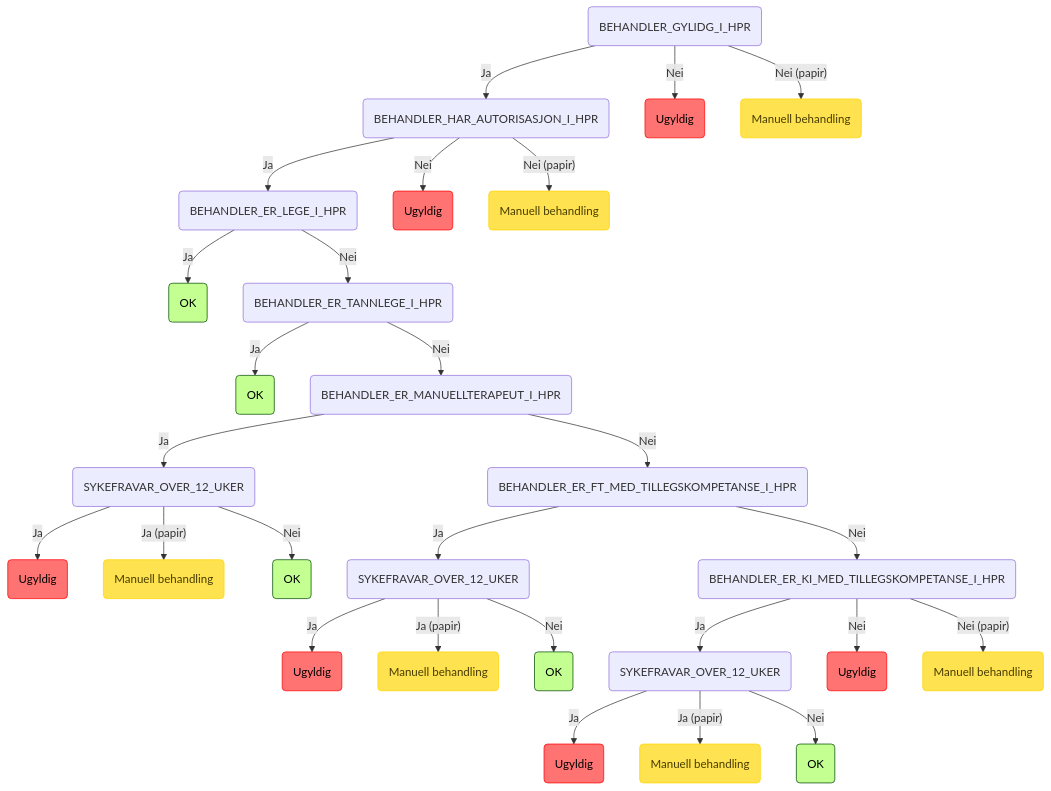
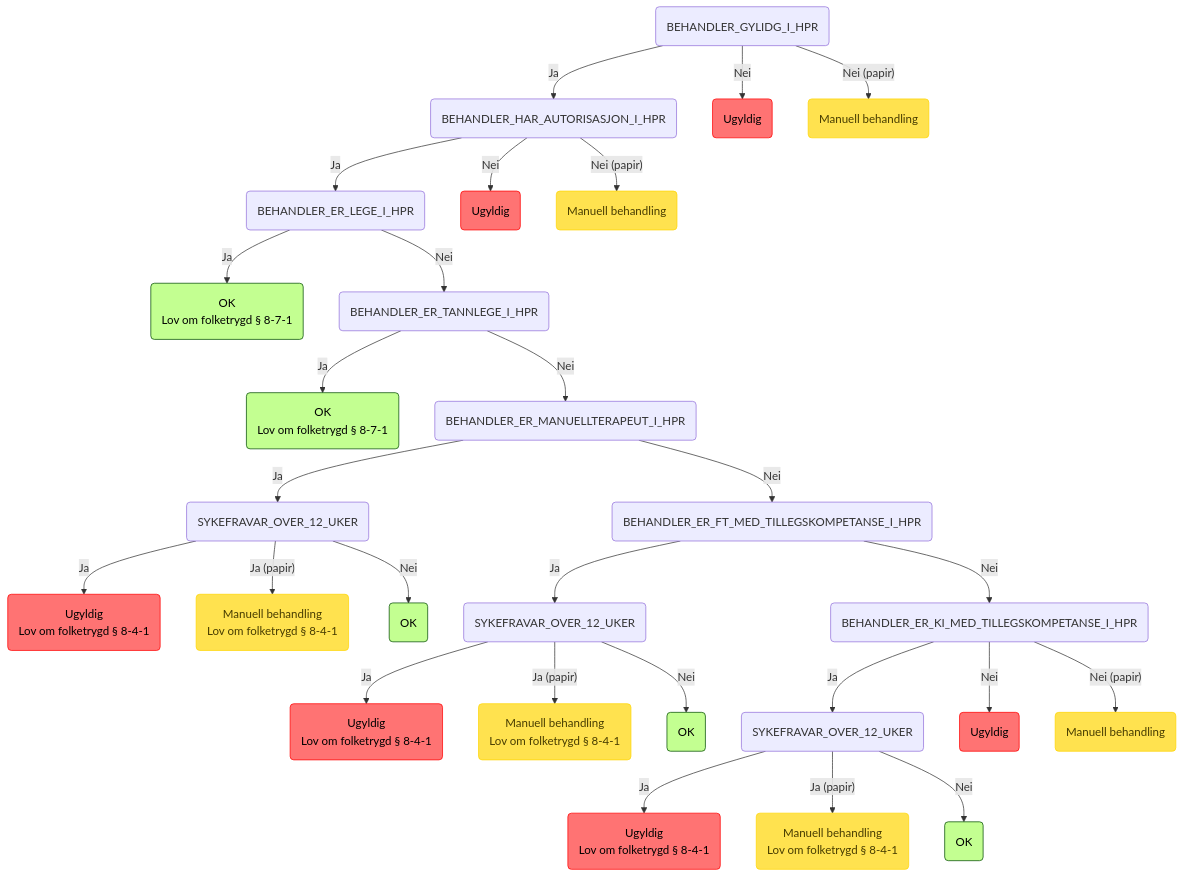
One commit to navikt/regulus-regula changed the fourth of 8 diagrams in README.md. Above: the diagram before and after it, drawn with Mermaid. The commit also changed other lines of this file and 1 other file, not shown here.

Commit message:
chore: update mermaid generation to use node based juridisk henvisning

````diff
--- a/README.md
+++ b/README.md
@@ -102,32 +102,40 @@
 ```mermaid
 graph TD
     root(BEHANDLER_GYLIDG_I_HPR) -->|Ja| root_BEHANDLER_GYLIDG_I_HPR_BEHANDLER_HAR_AUTORISASJON_I_HPR(BEHANDLER_HAR_AUTORISASJON_I_HPR)
     root_BEHANDLER_GYLIDG_I_HPR_BEHANDLER_HAR_AUTORISASJON_I_HPR(BEHANDLER_HAR_AUTORISASJON_I_HPR) -->|Ja| root_BEHANDLER_GYLIDG_I_HPR_BEHANDLER_HAR_AUTORISASJON_I_HPR_BEHANDLER_ER_LEGE_I_HPR(BEHANDLER_ER_LEGE_I_HPR)
-    root_BEHANDLER_GYLIDG_I_HPR_BEHANDLER_HAR_AUTORISASJON_I_HPR_BEHANDLER_ER_LEGE_I_HPR(BEHANDLER_ER_LEGE_I_HPR) -->|Ja| root_BEHANDLER_GYLIDG_I_HPR_BEHANDLER_HAR_AUTORISASJON_I_HPR_BEHANDLER_ER_LEGE_I_HPR_OK(OK):::ok
+    root_BEHANDLER_GYLIDG_I_HPR_BEHANDLER_HAR_AUTORISASJON_I_HPR_BEHANDLER_ER_LEGE_I_HPR(BEHANDLER_ER_LEGE_I_HPR) -->|Ja| root_BEHANDLER_GYLIDG_I_HPR_BEHANDLER_HAR_AUTORISASJON_I_HPR_BEHANDLER_ER_LEGE_I_HPR_OK(OK
+Lov om folketrygd § 8-7-1):::ok
     root_BEHANDLER_GYLIDG_I_HPR_BEHANDLER_HAR_AUTORISASJON_I_HPR_BEHANDLER_ER_LEGE_I_HPR(BEHANDLER_ER_LEGE_I_HPR) -->|Nei| root_BEHANDLER_GYLIDG_I_HPR_BEHANDLER_HAR_AUTORISASJON_I_HPR_BEHANDLER_ER_LEGE_I_HPR_BEHANDLER_ER_TANNLEGE_I_HPR(BEHANDLER_ER_TANNLEGE_I_HPR)
-    root_BEHANDLER_GYLIDG_I_HPR_BEHANDLER_HAR_AUTORISASJON_I_HPR_BEHANDLER_ER_LEGE_I_HPR_BEHANDLER_ER_TANNLEGE_I_HPR(BEHANDLER_ER_TANNLEGE_I_HPR) -->|Ja| root_BEHANDLER_GYLIDG_I_HPR_BEHANDLER_HAR_AUTORISASJON_I_HPR_BEHANDLER_ER_LEGE_I_HPR_BEHANDLER_ER_TANNLEGE_I_HPR_OK(OK):::ok
+    root_BEHANDLER_GYLIDG_I_HPR_BEHANDLER_HAR_AUTORISASJON_I_HPR_BEHANDLER_ER_LEGE_I_HPR_BEHANDLER_ER_TANNLEGE_I_HPR(BEHANDLER_ER_TANNLEGE_I_HPR) -->|Ja| root_BEHANDLER_GYLIDG_I_HPR_BEHANDLER_HAR_AUTORISASJON_I_HPR_BEHANDLER_ER_LEGE_I_HPR_BEHANDLER_ER_TANNLEGE_I_HPR_OK(OK
+Lov om folketrygd § 8-7-1):::ok
     root_BEHANDLER_GYLIDG_I_HPR_BEHANDLER_HAR_AUTORISASJON_I_HPR_BEHANDLER_ER_LEGE_I_HPR_BEHANDLER_ER_TANNLEGE_I_HPR(BEHANDLER_ER_TANNLEGE_I_HPR) -->|Nei| root_BEHANDLER_GYLIDG_I_HPR_BEHANDLER_HAR_AUTORISASJON_I_HPR_BEHANDLER_ER_LEGE_I_HPR_BEHANDLER_ER_TANNLEGE_I_HPR_BEHANDLER_ER_MANUELLTERAPEUT_I_HPR(BEHANDLER_ER_MANUELLTERAPEUT_I_HPR)
     root_BEHANDLER_GYLIDG_I_HPR_BEHANDLER_HAR_AUTORISASJON_I_HPR_BEHANDLER_ER_LEGE_I_HPR_BEHANDLER_ER_TANNLEGE_I_HPR_BEHANDLER_ER_MANUELLTERAPEUT_I_HPR(BEHANDLER_ER_MANUELLTERAPEUT_I_HPR) -->|Ja| root_BEHANDLER_GYLIDG_I_HPR_BEHANDLER_HAR_AUTORISASJON_I_HPR_BEHANDLER_ER_LEGE_I_HPR_BEHANDLER_ER_TANNLEGE_I_HPR_BEHANDLER_ER_MANUELLTERAPEUT_I_HPR_SYKEFRAVAR_OVER_12_UKER(SYKEFRAVAR_OVER_12_UKER)
-    root_BEHANDLER_GYLIDG_I_HPR_BEHANDLER_HAR_AUTORISASJON_I_HPR_BEHANDLER_ER_LEGE_I_HPR_BEHANDLER_ER_TANNLEGE_I_HPR_BEHANDLER_ER_MANUELLTERAPEUT_I_HPR_SYKEFRAVAR_OVER_12_UKER(SYKEFRAVAR_OVER_12_UKER) -->|Ja| root_BEHANDLER_GYLIDG_I_HPR_BEHANDLER_HAR_AUTORISASJON_I_HPR_BEHANDLER_ER_LEGE_I_HPR_BEHANDLER_ER_TANNLEGE_I_HPR_BEHANDLER_ER_MANUELLTERAPEUT_I_HPR_SYKEFRAVAR_OVER_12_UKER_INVALID(Ugyldig):::invalid
-    root_BEHANDLER_GYLIDG_I_HPR_BEHANDLER_HAR_AUTORISASJON_I_HPR_BEHANDLER_ER_LEGE_I_HPR_BEHANDLER_ER_TANNLEGE_I_HPR_BEHANDLER_ER_MANUELLTERAPEUT_I_HPR_SYKEFRAVAR_OVER_12_UKER(SYKEFRAVAR_OVER_12_UKER) -->|"Ja (papir)"| root_BEHANDLER_GYLIDG_I_HPR_BEHANDLER_HAR_AUTORISASJON_I_HPR_BEHANDLER_ER_LEGE_I_HPR_BEHANDLER_ER_TANNLEGE_I_HPR_BEHANDLER_ER_MANUELLTERAPEUT_I_HPR_SYKEFRAVAR_OVER_12_UKER_INVALID_papir(Manuell behandling):::manuell
+    root_BEHANDLER_GYLIDG_I_HPR_BEHANDLER_HAR_AUTORISASJON_I_HPR_BEHANDLER_ER_LEGE_I_HPR_BEHANDLER_ER_TANNLEGE_I_HPR_BEHANDLER_ER_MANUELLTERAPEUT_I_HPR_SYKEFRAVAR_OVER_12_UKER(SYKEFRAVAR_OVER_12_UKER) -->|Ja| root_BEHANDLER_GYLIDG_I_HPR_BEHANDLER_HAR_AUTORISASJON_I_HPR_BEHANDLER_ER_LEGE_I_HPR_BEHANDLER_ER_TANNLEGE_I_HPR_BEHANDLER_ER_MANUELLTERAPEUT_I_HPR_SYKEFRAVAR_OVER_12_UKER_INVALID(Ugyldig
+Lov om folketrygd § 8-4-1):::invalid
+    root_BEHANDLER_GYLIDG_I_HPR_BEHANDLER_HAR_AUTORISASJON_I_HPR_BEHANDLER_ER_LEGE_I_HPR_BEHANDLER_ER_TANNLEGE_I_HPR_BEHANDLER_ER_MANUELLTERAPEUT_I_HPR_SYKEFRAVAR_OVER_12_UKER(SYKEFRAVAR_OVER_12_UKER) -->|"Ja (papir)"| root_BEHANDLER_GYLIDG_I_HPR_BEHANDLER_HAR_AUTORISASJON_I_HPR_BEHANDLER_ER_LEGE_I_HPR_BEHANDLER_ER_TANNLEGE_I_HPR_BEHANDLER_ER_MANUELLTERAPEUT_I_HPR_SYKEFRAVAR_OVER_12_UKER_INVALID_papir(Manuell behandling
+Lov om folketrygd § 8-4-1):::manuell
     root_BEHANDLER_GYLIDG_I_HPR_BEHANDLER_HAR_AUTORISASJON_I_HPR_BEHANDLER_ER_LEGE_I_HPR_BEHANDLER_ER_TANNLEGE_I_HPR_BEHANDLER_ER_MANUELLTERAPEUT_I_HPR_SYKEFRAVAR_OVER_12_UKER(SYKEFRAVAR_OVER_12_UKER) -->|Nei| root_BEHANDLER_GYLIDG_I_HPR_BEHANDLER_HAR_AUTORISASJON_I_HPR_BEHANDLER_ER_LEGE_I_HPR_BEHANDLER_ER_TANNLEGE_I_HPR_BEHANDLER_ER_MANUELLTERAPEUT_I_HPR_SYKEFRAVAR_OVER_12_UKER_OK(OK):::ok
     root_BEHANDLER_GYLIDG_I_HPR_BEHANDLER_HAR_AUTORISASJON_I_HPR_BEHANDLER_ER_LEGE_I_HPR_BEHANDLER_ER_TANNLEGE_I_HPR_BEHANDLER_ER_MANUELLTERAPEUT_I_HPR(BEHANDLER_ER_MANUELLTERAPEUT_I_HPR) -->|Nei| root_BEHANDLER_GYLIDG_I_HPR_BEHANDLER_HAR_AUTORISASJON_I_HPR_BEHANDLER_ER_LEGE_I_HPR_BEHANDLER_ER_TANNLEGE_I_HPR_BEHANDLER_ER_MANUELLTERAPEUT_I_HPR_BEHANDLER_ER_FT_MED_TILLEGSKOMPETANSE_I_HPR(BEHANDLER_ER_FT_MED_TILLEGSKOMPETANSE_I_HPR)
     root_BEHANDLER_GYLIDG_I_HPR_BEHANDLER_HAR_AUTORISASJON_I_HPR_BEHANDLER_ER_LEGE_I_HPR_BEHANDLER_ER_TANNLEGE_I_HPR_BEHANDLER_ER_MANUELLTERAPEUT_I_HPR_BEHANDLER_ER_FT_MED_TILLEGSKOMPETANSE_I_HPR(BEHANDLER_ER_FT_MED_TILLEGSKOMPETANSE_I_HPR) -->|Ja| root_BEHANDLER_GYLIDG_I_HPR_BEHANDLER_HAR_AUTORISASJON_I_HPR_BEHANDLER_ER_LEGE_I_HPR_BEHANDLER_ER_TANNLEGE_I_HPR_BEHANDLER_ER_MANUELLTERAPEUT_I_HPR_BEHANDLER_ER_FT_MED_TILLEGSKOMPETANSE_I_HPR_SYKEFRAVAR_OVER_12_UKER(SYKEFRAVAR_OVER_12_UKER)
-    root_BEHANDLER_GYLIDG_I_HPR_BEHANDLER_HAR_AUTORISASJON_I_HPR_BEHANDLER_ER_LEGE_I_HPR_BEHANDLER_ER_TANNLEGE_I_HPR_BEHANDLER_ER_MANUELLTERAPEUT_I_HPR_BEHANDLER_ER_FT_MED_TILLEGSKOMPETANSE_I_HPR_SYKEFRAVAR_OVER_12_UKER(SYKEFRAVAR_OVER_12_UKER) -->|Ja| root_BEHANDLER_GYLIDG_I_HPR_BEHANDLER_HAR_AUTORISASJON_I_HPR_BEHANDLER_ER_LEGE_I_HPR_BEHANDLER_ER_TANNLEGE_I_HPR_BEHANDLER_ER_MANUELLTERAPEUT_I_HPR_BEHANDLER_ER_FT_MED_TILLEGSKOMPETANSE_I_HPR_SYKEFRAVAR_OVER_12_UKER_INVALID(Ugyldig):::invalid
-    root_BEHANDLER_GYLIDG_I_HPR_BEHANDLER_HAR_AUTORISASJON_I_HPR_BEHANDLER_ER_LEGE_I_HPR_BEHANDLER_ER_TANNLEGE_I_HPR_BEHANDLER_ER_MANUELLTERAPEUT_I_HPR_BEHANDLER_ER_FT_MED_TILLEGSKOMPETANSE_I_HPR_SYKEFRAVAR_OVER_12_UKER(SYKEFRAVAR_OVER_12_UKER) -->|"Ja (papir)"| root_BEHANDLER_GYLIDG_I_HPR_BEHANDLER_HAR_AUTORISASJON_I_HPR_BEHANDLER_ER_LEGE_I_HPR_BEHANDLER_ER_TANNLEGE_I_HPR_BEHANDLER_ER_MANUELLTERAPEUT_I_HPR_BEHANDLER_ER_FT_MED_TILLEGSKOMPETANSE_I_HPR_SYKEFRAVAR_OVER_12_UKER_INVALID_papir(Manuell behandling):::manuell
+    root_BEHANDLER_GYLIDG_I_HPR_BEHANDLER_HAR_AUTORISASJON_I_HPR_BEHANDLER_ER_LEGE_I_HPR_BEHANDLER_ER_TANNLEGE_I_HPR_BEHANDLER_ER_MANUELLTERAPEUT_I_HPR_BEHANDLER_ER_FT_MED_TILLEGSKOMPETANSE_I_HPR_SYKEFRAVAR_OVER_12_UKER(SYKEFRAVAR_OVER_12_UKER) -->|Ja| root_BEHANDLER_GYLIDG_I_HPR_BEHANDLER_HAR_AUTORISASJON_I_HPR_BEHANDLER_ER_LEGE_I_HPR_BEHANDLER_ER_TANNLEGE_I_HPR_BEHANDLER_ER_MANUELLTERAPEUT_I_HPR_BEHANDLER_ER_FT_MED_TILLEGSKOMPETANSE_I_HPR_SYKEFRAVAR_OVER_12_UKER_INVALID(Ugyldig
+Lov om folketrygd § 8-4-1):::invalid
+    root_BEHANDLER_GYLIDG_I_HPR_BEHANDLER_HAR_AUTORISASJON_I_HPR_BEHANDLER_ER_LEGE_I_HPR_BEHANDLER_ER_TANNLEGE_I_HPR_BEHANDLER_ER_MANUELLTERAPEUT_I_HPR_BEHANDLER_ER_FT_MED_TILLEGSKOMPETANSE_I_HPR_SYKEFRAVAR_OVER_12_UKER(SYKEFRAVAR_OVER_12_UKER) -->|"Ja (papir)"| root_BEHANDLER_GYLIDG_I_HPR_BEHANDLER_HAR_AUTORISASJON_I_HPR_BEHANDLER_ER_LEGE_I_HPR_BEHANDLER_ER_TANNLEGE_I_HPR_BEHANDLER_ER_MANUELLTERAPEUT_I_HPR_BEHANDLER_ER_FT_MED_TILLEGSKOMPETANSE_I_HPR_SYKEFRAVAR_OVER_12_UKER_INVALID_papir(Manuell behandling
+Lov om folketrygd § 8-4-1):::manuell
     root_BEHANDLER_GYLIDG_I_HPR_BEHANDLER_HAR_AUTORISASJON_I_HPR_BEHANDLER_ER_LEGE_I_HPR_BEHANDLER_ER_TANNLEGE_I_HPR_BEHANDLER_ER_MANUELLTERAPEUT_I_HPR_BEHANDLER_ER_FT_MED_TILLEGSKOMPETANSE_I_HPR_SYKEFRAVAR_OVER_12_UKER(SYKEFRAVAR_OVER_12_UKER) -->|Nei| root_BEHANDLER_GYLIDG_I_HPR_BEHANDLER_HAR_AUTORISASJON_I_HPR_BEHANDLER_ER_LEGE_I_HPR_BEHANDLER_ER_TANNLEGE_I_HPR_BEHANDLER_ER_MANUELLTERAPEUT_I_HPR_BEHANDLER_ER_FT_MED_TILLEGSKOMPETANSE_I_HPR_SYKEFRAVAR_OVER_12_UKER_OK(OK):::ok
     root_BEHANDLER_GYLIDG_I_HPR_BEHANDLER_HAR_AUTORISASJON_I_HPR_BEHANDLER_ER_LEGE_I_HPR_BEHANDLER_ER_TANNLEGE_I_HPR_BEHANDLER_ER_MANUELLTERAPEUT_I_HPR_BEHANDLER_ER_FT_MED_TILLEGSKOMPETANSE_I_HPR(BEHANDLER_ER_FT_MED_TILLEGSKOMPETANSE_I_HPR) -->|Nei| root_BEHANDLER_GYLIDG_I_HPR_BEHANDLER_HAR_AUTORISASJON_I_HPR_BEHANDLER_ER_LEGE_I_HPR_BEHANDLER_ER_TANNLEGE_I_HPR_BEHANDLER_ER_MANUELLTERAPEUT_I_HPR_BEHANDLER_ER_FT_MED_TILLEGSKOMPETANSE_I_HPR_BEHANDLER_ER_KI_MED_TILLEGSKOMPETANSE_I_HPR(BEHANDLER_ER_KI_MED_TILLEGSKOMPETANSE_I_HPR)
     root_BEHANDLER_GYLIDG_I_HPR_BEHANDLER_HAR_AUTORISASJON_I_HPR_BEHANDLER_ER_LEGE_I_HPR_BEHANDLER_ER_TANNLEGE_I_HPR_BEHANDLER_ER_MANUELLTERAPEUT_I_HPR_BEHANDLER_ER_FT_MED_TILLEGSKOMPETANSE_I_HPR_BEHANDLER_ER_KI_MED_TILLEGSKOMPETANSE_I_HPR(BEHANDLER_ER_KI_MED_TILLEGSKOMPETANSE_I_HPR) -->|Ja| root_BEHANDLER_GYLIDG_I_HPR_BEHANDLER_HAR_AUTORISASJON_I_HPR_BEHANDLER_ER_LEGE_I_HPR_BEHANDLER_ER_TANNLEGE_I_HPR_BEHANDLER_ER_MANUELLTERAPEUT_I_HPR_BEHANDLER_ER_FT_MED_TILLEGSKOMPETANSE_I_HPR_BEHANDLER_ER_KI_MED_TILLEGSKOMPETANSE_I_HPR_SYKEFRAVAR_OVER_12_UKER(SYKEFRAVAR_OVER_12_UKER)
-    root_BEHANDLER_GYLIDG_I_HPR_BEHANDLER_HAR_AUTORISASJON_I_HPR_BEHANDLER_ER_LEGE_I_HPR_BEHANDLER_ER_TANNLEGE_I_HPR_BEHANDLER_ER_MANUELLTERAPEUT_I_HPR_BEHANDLER_ER_FT_MED_TILLEGSKOMPETANSE_I_HPR_BEHANDLER_ER_KI_MED_TILLEGSKOMPETANSE_I_HPR_SYKEFRAVAR_OVER_12_UKER(SYKEFRAVAR_OVER_12_UKER) -->|Ja| root_BEHANDLER_GYLIDG_I_HPR_BEHANDLER_HAR_AUTORISASJON_I_HPR_BEHANDLER_ER_LEGE_I_HPR_BEHANDLER_ER_TANNLEGE_I_HPR_BEHANDLER_ER_MANUELLTERAPEUT_I_HPR_BEHANDLER_ER_FT_MED_TILLEGSKOMPETANSE_I_HPR_BEHANDLER_ER_KI_MED_TILLEGSKOMPETANSE_I_HPR_SYKEFRAVAR_OVER_12_UKER_INVALID(Ugyldig):::invalid
-    root_BEHANDLER_GYLIDG_I_HPR_BEHANDLER_HAR_AUTORISASJON_I_HPR_BEHANDLER_ER_LEGE_I_HPR_BEHANDLER_ER_TANNLEGE_I_HPR_BEHANDLER_ER_MANUELLTERAPEUT_I_HPR_BEHANDLER_ER_FT_MED_TILLEGSKOMPETANSE_I_HPR_BEHANDLER_ER_KI_MED_TILLEGSKOMPETANSE_I_HPR_SYKEFRAVAR_OVER_12_UKER(SYKEFRAVAR_OVER_12_UKER) -->|"Ja (papir)"| root_BEHANDLER_GYLIDG_I_HPR_BEHANDLER_HAR_AUTORISASJON_I_HPR_BEHANDLER_ER_LEGE_I_HPR_BEHANDLER_ER_TANNLEGE_I_HPR_BEHANDLER_ER_MANUELLTERAPEUT_I_HPR_BEHANDLER_ER_FT_MED_TILLEGSKOMPETANSE_I_HPR_BEHANDLER_ER_KI_MED_TILLEGSKOMPETANSE_I_HPR_SYKEFRAVAR_OVER_12_UKER_INVALID_papir(Manuell behandling):::manuell
+    root_BEHANDLER_GYLIDG_I_HPR_BEHANDLER_HAR_AUTORISASJON_I_HPR_BEHANDLER_ER_LEGE_I_HPR_BEHANDLER_ER_TANNLEGE_I_HPR_BEHANDLER_ER_MANUELLTERAPEUT_I_HPR_BEHANDLER_ER_FT_MED_TILLEGSKOMPETANSE_I_HPR_BEHANDLER_ER_KI_MED_TILLEGSKOMPETANSE_I_HPR_SYKEFRAVAR_OVER_12_UKER(SYKEFRAVAR_OVER_12_UKER) -->|Ja| root_BEHANDLER_GYLIDG_I_HPR_BEHANDLER_HAR_AUTORISASJON_I_HPR_BEHANDLER_ER_LEGE_I_HPR_BEHANDLER_ER_TANNLEGE_I_HPR_BEHANDLER_ER_MANUELLTERAPEUT_I_HPR_BEHANDLER_ER_FT_MED_TILLEGSKOMPETANSE_I_HPR_BEHANDLER_ER_KI_MED_TILLEGSKOMPETANSE_I_HPR_SYKEFRAVAR_OVER_12_UKER_INVALID(Ugyldig
+Lov om folketrygd § 8-4-1):::invalid
+    root_BEHANDLER_GYLIDG_I_HPR_BEHANDLER_HAR_AUTORISASJON_I_HPR_BEHANDLER_ER_LEGE_I_HPR_BEHANDLER_ER_TANNLEGE_I_HPR_BEHANDLER_ER_MANUELLTERAPEUT_I_HPR_BEHANDLER_ER_FT_MED_TILLEGSKOMPETANSE_I_HPR_BEHANDLER_ER_KI_MED_TILLEGSKOMPETANSE_I_HPR_SYKEFRAVAR_OVER_12_UKER(SYKEFRAVAR_OVER_12_UKER) -->|"Ja (papir)"| root_BEHANDLER_GYLIDG_I_HPR_BEHANDLER_HAR_AUTORISASJON_I_HPR_BEHANDLER_ER_LEGE_I_HPR_BEHANDLER_ER_TANNLEGE_I_HPR_BEHANDLER_ER_MANUELLTERAPEUT_I_HPR_BEHANDLER_ER_FT_MED_TILLEGSKOMPETANSE_I_HPR_BEHANDLER_ER_KI_MED_TILLEGSKOMPETANSE_I_HPR_SYKEFRAVAR_OVER_12_UKER_INVALID_papir(Manuell behandling
+Lov om folketrygd § 8-4-1):::manuell
     root_BEHANDLER_GYLIDG_I_HPR_BEHANDLER_HAR_AUTORISASJON_I_HPR_BEHANDLER_ER_LEGE_I_HPR_BEHANDLER_ER_TANNLEGE_I_HPR_BEHANDLER_ER_MANUELLTERAPEUT_I_HPR_BEHANDLER_ER_FT_MED_TILLEGSKOMPETANSE_I_HPR_BEHANDLER_ER_KI_MED_TILLEGSKOMPETANSE_I_HPR_SYKEFRAVAR_OVER_12_UKER(SYKEFRAVAR_OVER_12_UKER) -->|Nei| root_BEHANDLER_GYLIDG_I_HPR_BEHANDLER_HAR_AUTORISASJON_I_HPR_BEHANDLER_ER_LEGE_I_HPR_BEHANDLER_ER_TANNLEGE_I_HPR_BEHANDLER_ER_MANUELLTERAPEUT_I_HPR_BEHANDLER_ER_FT_MED_TILLEGSKOMPETANSE_I_HPR_BEHANDLER_ER_KI_MED_TILLEGSKOMPETANSE_I_HPR_SYKEFRAVAR_OVER_12_UKER_OK(OK):::ok
     root_BEHANDLER_GYLIDG_I_HPR_BEHANDLER_HAR_AUTORISASJON_I_HPR_BEHANDLER_ER_LEGE_I_HPR_BEHANDLER_ER_TANNLEGE_I_HPR_BEHANDLER_ER_MANUELLTERAPEUT_I_HPR_BEHANDLER_ER_FT_MED_TILLEGSKOMPETANSE_I_HPR_BEHANDLER_ER_KI_MED_TILLEGSKOMPETANSE_I_HPR(BEHANDLER_ER_KI_MED_TILLEGSKOMPETANSE_I_HPR) -->|Nei| root_BEHANDLER_GYLIDG_I_HPR_BEHANDLER_HAR_AUTORISASJON_I_HPR_BEHANDLER_ER_LEGE_I_HPR_BEHANDLER_ER_TANNLEGE_I_HPR_BEHANDLER_ER_MANUELLTERAPEUT_I_HPR_BEHANDLER_ER_FT_MED_TILLEGSKOMPETANSE_I_HPR_BEHANDLER_ER_KI_MED_TILLEGSKOMPETANSE_I_HPR_INVALID(Ugyldig):::invalid
     root_BEHANDLER_GYLIDG_I_HPR_BEHANDLER_HAR_AUTORISASJON_I_HPR_BEHANDLER_ER_LEGE_I_HPR_BEHANDLER_ER_TANNLEGE_I_HPR_BEHANDLER_ER_MANUELLTERAPEUT_I_HPR_BEHANDLER_ER_FT_MED_TILLEGSKOMPETANSE_I_HPR_BEHANDLER_ER_KI_MED_TILLEGSKOMPETANSE_I_HPR(BEHANDLER_ER_KI_MED_TILLEGSKOMPETANSE_I_HPR) -->|"Nei (papir)"| root_BEHANDLER_GYLIDG_I_HPR_BEHANDLER_HAR_AUTORISASJON_I_HPR_BEHANDLER_ER_LEGE_I_HPR_BEHANDLER_ER_TANNLEGE_I_HPR_BEHANDLER_ER_MANUELLTERAPEUT_I_HPR_BEHANDLER_ER_FT_MED_TILLEGSKOMPETANSE_I_HPR_BEHANDLER_ER_KI_MED_TILLEGSKOMPETANSE_I_HPR_INVALID_papir(Manuell behandling):::manuell
     root_BEHANDLER_GYLIDG_I_HPR_BEHANDLER_HAR_AUTORISASJON_I_HPR(BEHANDLER_HAR_AUTORISASJON_I_HPR) -->|Nei| root_BEHANDLER_GYLIDG_I_HPR_BEHANDLER_HAR_AUTORISASJON_I_HPR_INVALID(Ugyldig):::invalid
     root_BEHANDLER_GYLIDG_I_HPR_BEHANDLER_HAR_AUTORISASJON_I_HPR(BEHANDLER_HAR_AUTORISASJON_I_HPR) -->|"Nei (papir)"| root_BEHANDLER_GYLIDG_I_HPR_BEHANDLER_HAR_AUTORISASJON_I_HPR_INVALID_papir(Manuell behandling):::manuell
     root(BEHANDLER_GYLIDG_I_HPR) -->|Nei| root_BEHANDLER_GYLIDG_I_HPR_INVALID(Ugyldig):::invalid
     root(BEHANDLER_GYLIDG_I_HPR) -->|"Nei (papir)"| root_BEHANDLER_GYLIDG_I_HPR_INVALID_papir(Manuell behandling):::manuell
     classDef ok fill:#c3ff91,stroke:#004a00,color: black;
     classDef invalid fill:#ff7373,stroke:#ff0000,color: black;
     classDef manuell fill:#ffe24f,stroke:#ffd500,color: #473c00;
 ```
````
